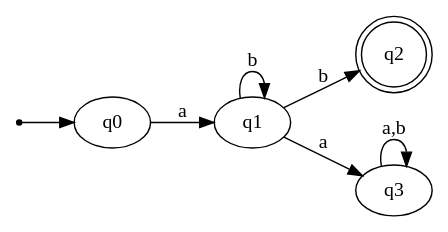
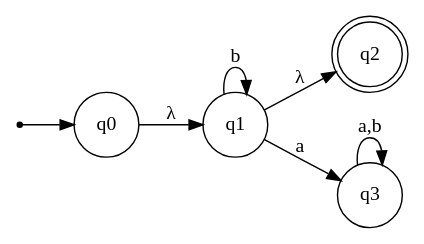
The diagram in automata.dot (nicomercadoo/automata-interpreter), drawn with Graphviz before and after one commit. The commit also changed 10 other files, not shown here.

```diff
--- a/automata.dot
+++ b/automata.dot
@@ -1,14 +1,18 @@
 digraph {
     rankdir = LR;
+    node [shape = circle;];
     inic [shape = point;];
 
+    // start state
     inic -> q0;
 
-    q0 -> q1 [label = "a";];
-    q1 -> q2 [label = "b";];
-    q1 -> q1 [label = "b";];
-    q1 -> q3 [label = "a";];
-    q3 -> q3 [label = "a,b";];
+    // transitions
+    q0 -> q1 [label = "λ";]; // q0 is the start state
+    q1 -> q2 [label = "λ";]; // q2 is the final state
+    q1 -> q1 [label = "b";]; // q1 is a loop
+    q1 -> q3 [label = "a";]; // q3 is a dead state
+    q3 -> q3 [label = "a,b";]; // q3 is a dead state
 
+    // final states
     q2 [shape = doublecircle;];
 }
```
